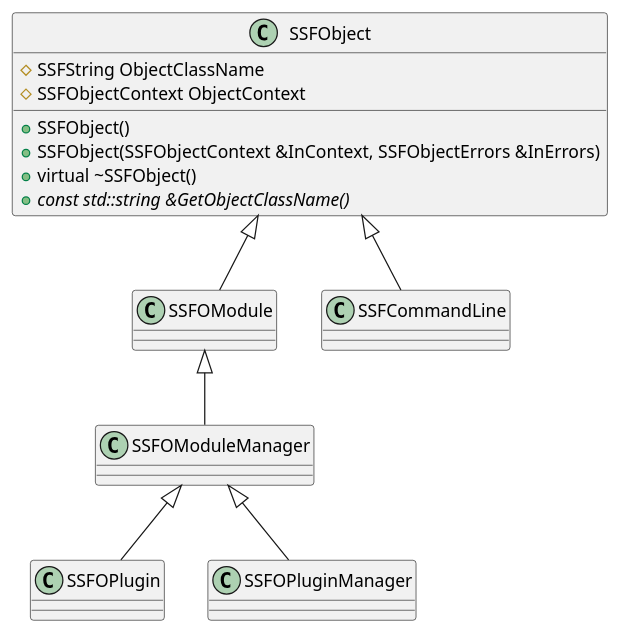
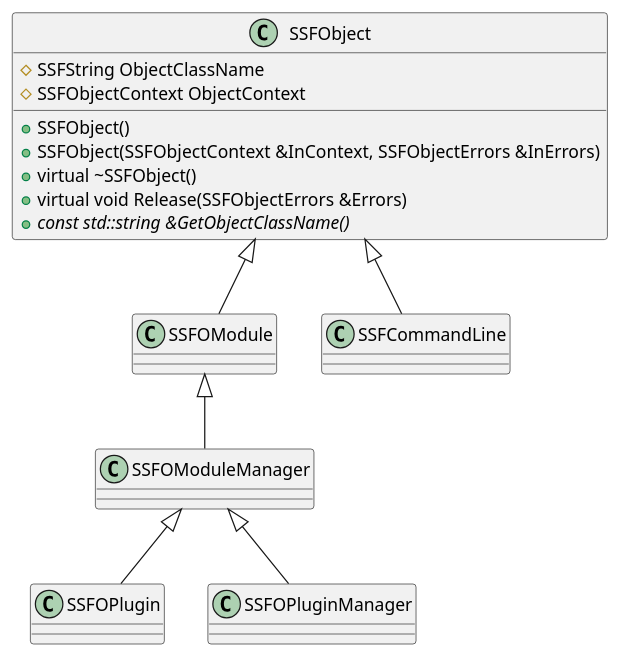
The diagram in SkywalkerServerFramework/SkywalkerServerFramework.plantuml (xcyh410713847/SkywalkerGameServer), drawn with PlantUML before and after one commit. The commit also changed 5 other files, not shown here.

```diff
--- a/SkywalkerServerFramework/SkywalkerServerFramework.plantuml
+++ b/SkywalkerServerFramework/SkywalkerServerFramework.plantuml
@@ -1,51 +1,52 @@
 @startuml SkywalkerServerFramework
 
 class SSFObject
 {
     +SSFObject()
     +SSFObject(SSFObjectContext &InContext, SSFObjectErrors &InErrors)
     +virtual ~SSFObject()
 
     #SSFString ObjectClassName
     #SSFObjectContext ObjectContext
 
+    +virtual void Release(SSFObjectErrors &Errors)
     +{abstract} const std::string &GetObjectClassName()
 }
 
 class SSFOModule
 {
 
 }
 
 class SSFOModuleManager
 {
 
 }
 
 class SSFOPlugin
 {
 
 }
 
 class SSFOPluginManager
 {
 
 }
 
 class SSFCommandLine
 {
 
 }
 
 '继承自 SSFObject
 SSFObject <|-- SSFOModule
 SSFObject <|-- SSFCommandLine
 
 '继承自 SSFOModule
 SSFOModule <|-- SSFOModuleManager
 
 '继承自 SSFOModuleManager
 SSFOModuleManager <|-- SSFOPlugin
 SSFOModuleManager <|-- SSFOPluginManager
 
 @enduml
```
